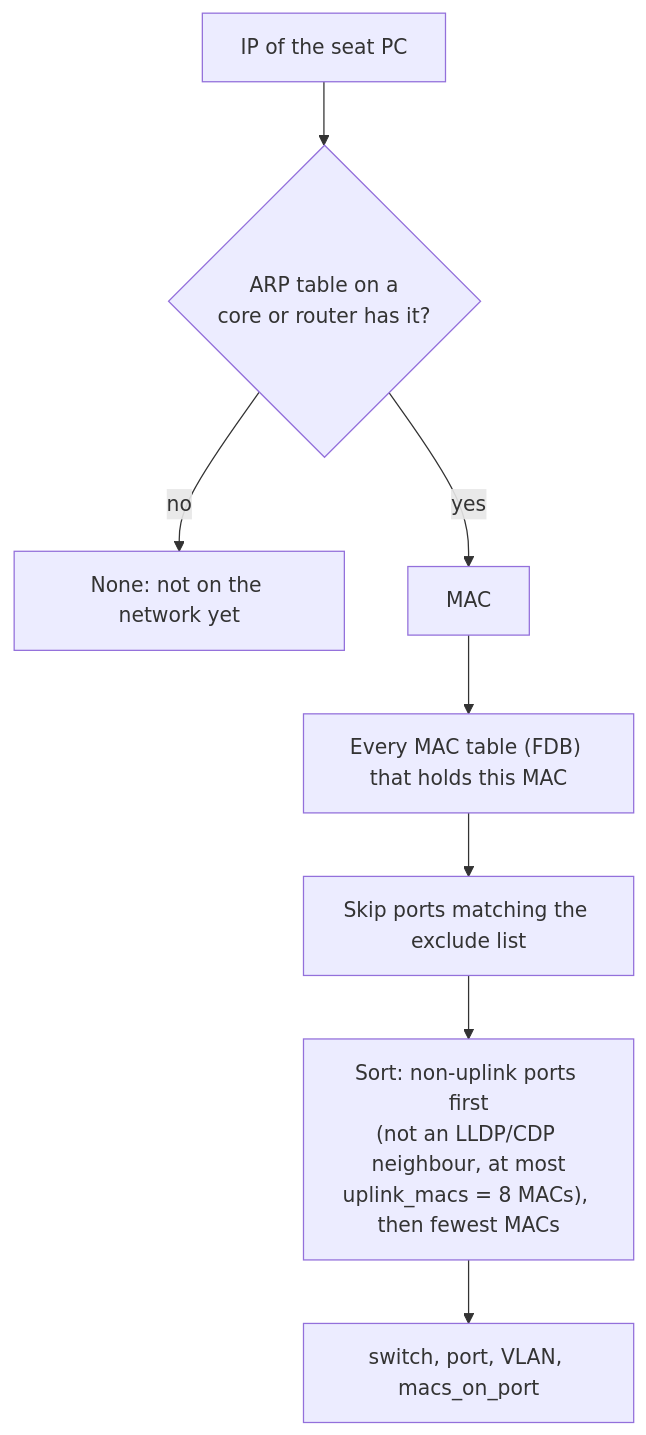
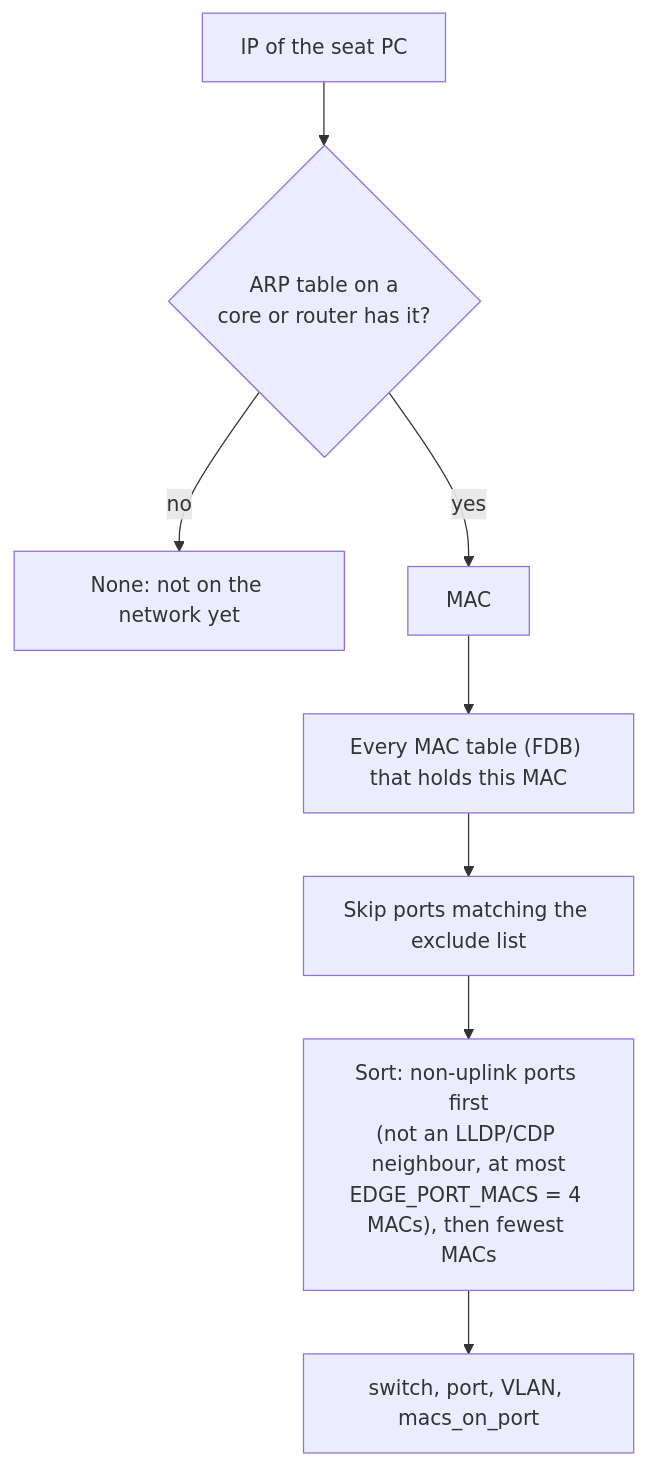
One commit to bitsandbricks-ch/floorbit changed the third of 6 diagrams in docs/how-seat-mapping.md. Above: the diagram before and after it, drawn with Mermaid. The commit also changed other lines of this file and 15 other files, not shown here.

````diff
--- a/docs/how-seat-mapping.md
+++ b/docs/how-seat-mapping.md
@@ -71,10 +71,10 @@
 ```mermaid
 flowchart TD
   ip["IP of the seat PC"] --> arp{"ARP table on a<br/>core or router has it?"}
   arp -- no --> none["None: not on the network yet"]
   arp -- yes --> mac["MAC"]
   mac --> fdb["Every MAC table (FDB) that holds this MAC"]
   fdb --> drop["Skip ports matching the exclude list"]
-  drop --> pick["Sort: non-uplink ports first<br/>(not an LLDP/CDP neighbour, at most<br/>uplink_macs = 8 MACs), then fewest MACs"]
+  drop --> pick["Sort: non-uplink ports first<br/>(not an LLDP/CDP neighbour, at most<br/>EDGE_PORT_MACS = 4 MACs), then fewest MACs"]
   pick --> ans["switch, port, VLAN, macs_on_port"]
 ```
````
